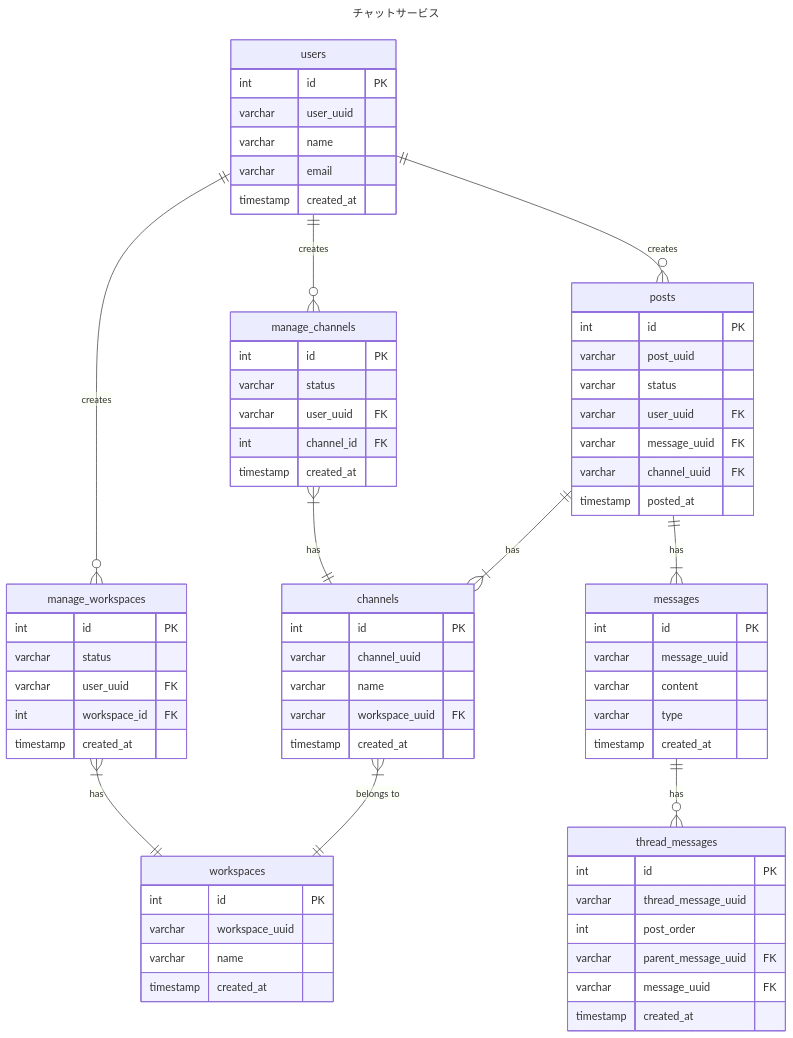
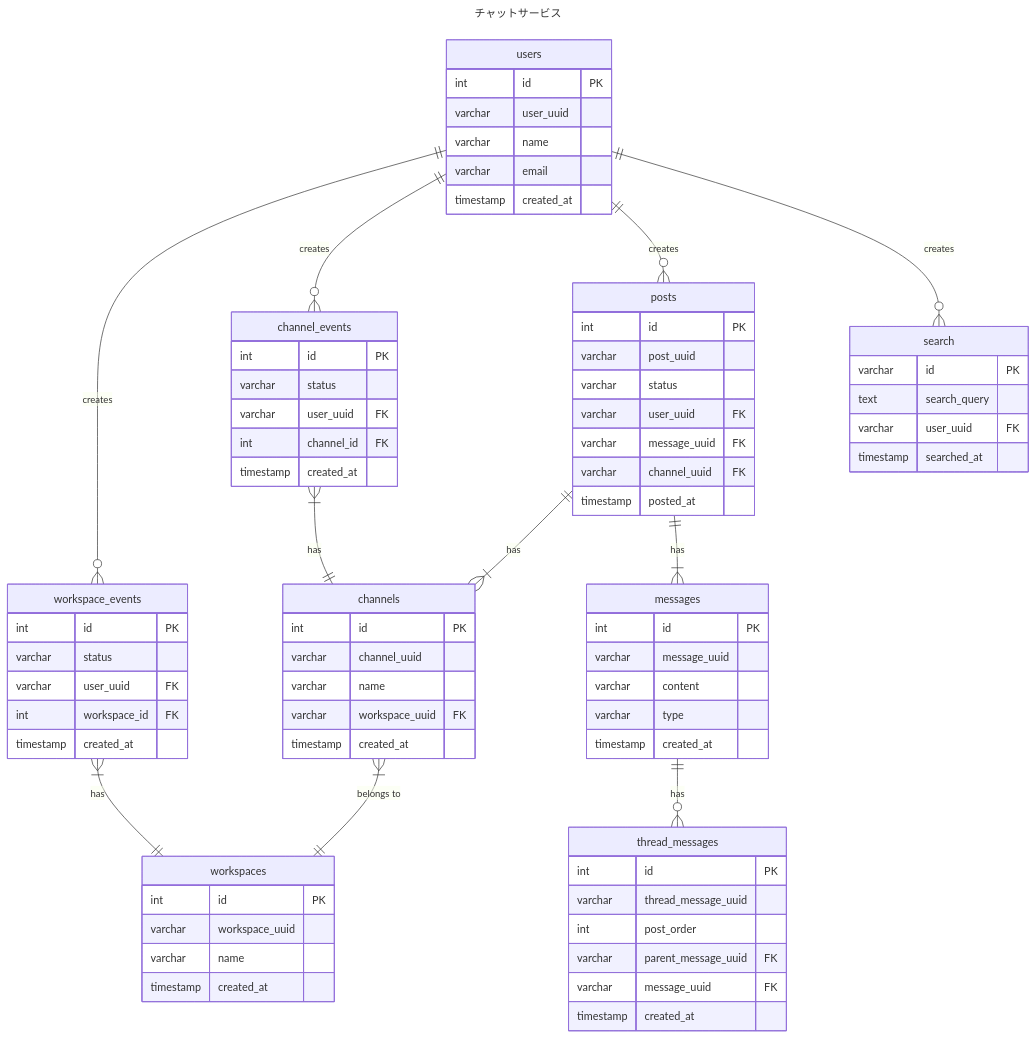
One commit to ttakuma17/til changed the diagram in db/modeling/2/er.md. Above: the diagram before and after it, drawn with Mermaid. The commit also changed other lines of this file and 4 other files, not shown here.

````diff
--- a/db/modeling/2/er.md
+++ b/db/modeling/2/er.md
@@ -48,16 +49,16 @@
     varchar workspace_uuid FK
     timestamp created_at
   }
-  %% ワークスペース(E)
-  manage_workspaces {
+  %% ワークスペースイベント(E)
+  workspace_events {
     int id PK
     varchar status
     varchar user_uuid FK
     int workspace_id FK
     timestamp created_at
   }
-  %% チャンネル(E)
-  manage_channels {
+  %% チャンネルイベント(E)
+  channel_events {
     int id PK
     varchar status
     varchar user_uuid FK
@@ -65,7 +66,7 @@
     timestamp created_at
   }
   %% 投稿(E)
-  posts{
+  posts {
     int id PK
     varchar post_uuid
     varchar status
@@ -73,6 +74,13 @@
     varchar message_uuid FK
     varchar channel_uuid FK
     timestamp posted_at
+  }
+  %% 検索(E)
+  search {
+    varchar id PK
+    text search_query
+    varchar user_uuid FK
+    timestamp searched_at
   }
   %% メッセージ(R)
   messages {
@@ -83,7 +91,6 @@
     timestamp created_at
   }
   %% スレッドメッセージ(R)
-  messages ||--o{ thread_messages: "has"
   thread_messages {
     int id PK
     varchar thread_message_uuid
@@ -92,13 +99,15 @@
     varchar message_uuid FK
     timestamp created_at
   }
-  
-  users ||--o{ manage_workspaces: "creates"
-  users ||--o{ manage_channels: "creates"
+        
+  users ||--o{ workspace_events: "creates"
+  users ||--o{ channel_events: "creates"
   users ||--o{ posts: "creates"
+  users ||--o{ search: "creates"
   channels }| -- || workspaces: "belongs to"
   posts ||--|{ channels: "has"
   posts ||--|{ messages: "has"
-  manage_workspaces }|--|| workspaces: "has"
-  manage_channels }|--|| channels: "has"
+  messages ||--o{ thread_messages: "has"
+  workspace_events }|--|| workspaces: "has"
+  channel_events }|--|| channels: "has"
 ```
````
